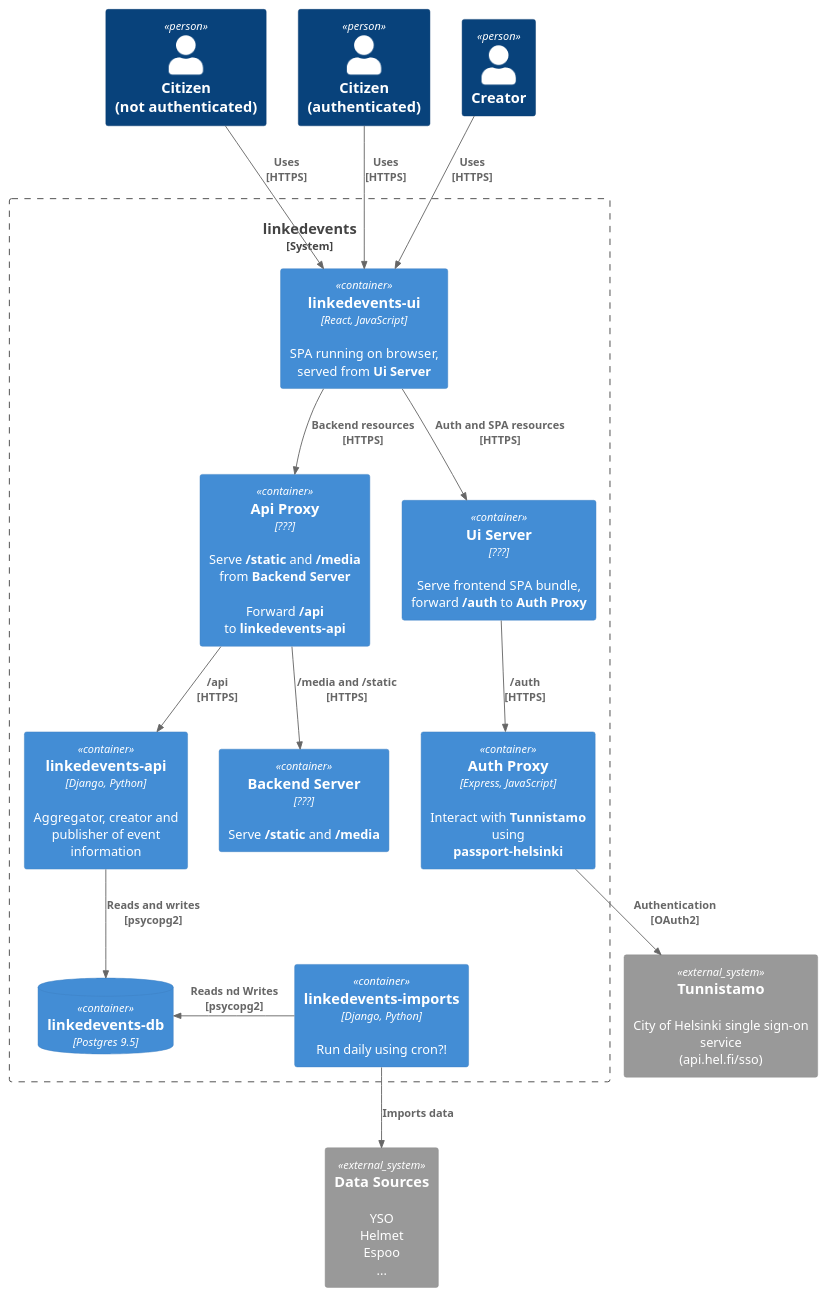
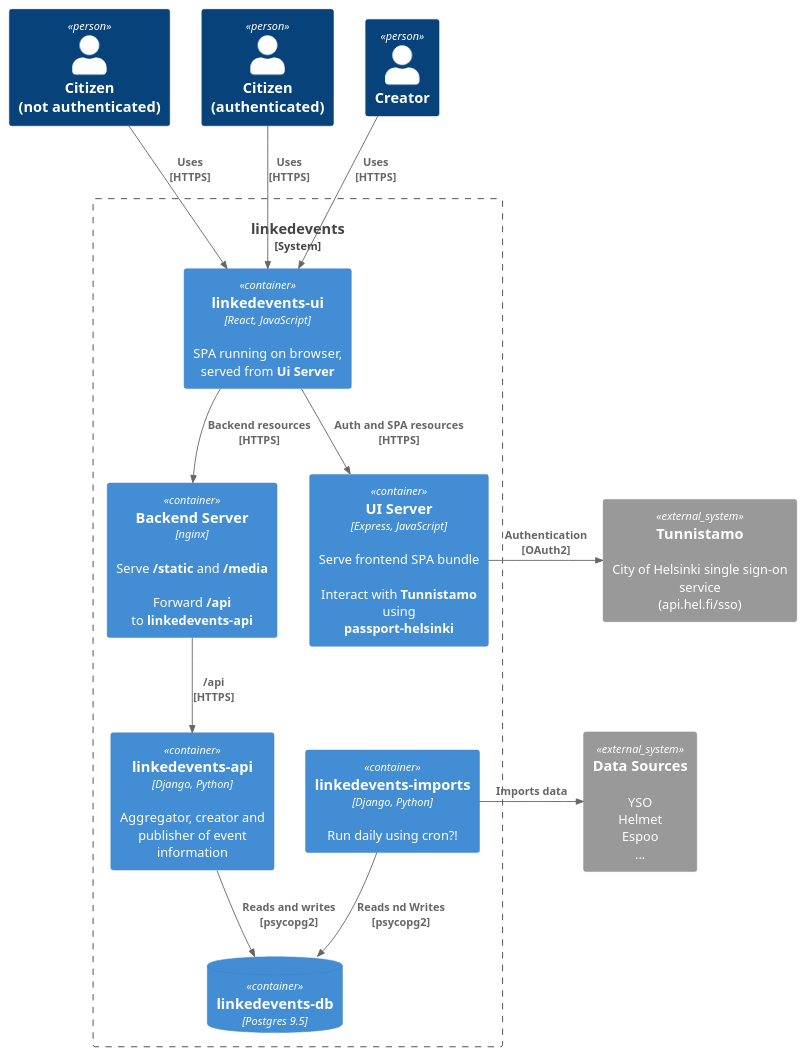
The diagram in assets/puml/linkedevents-container.puml (istonikula/linkedevents), drawn with PlantUML before and after one commit. The commit also changed 2 other files, not shown here.

Commit message:
docs(c4): le container v3 is the most correct one

```diff
--- a/assets/puml/linkedevents-container.puml
+++ b/assets/puml/linkedevents-container.puml
@@ -1,42 +1,40 @@
 @startuml linkedevents-container
 !includeurl https://raw.githubusercontent.com/RicardoNiepel/C4-PlantUML/master/C4_Container.puml
 
 Person(citizen, "Citizen\n(not authenticated)")
 Person(citizen_auth, "Citizen\n(authenticated)")
 Person(admin, "Creator")
 
 System_Boundary(linkedevents, "linkedevents") {
   Container(linkedevents_ui, "linkedevents-ui", "React, JavaScript", "SPA running on browser, served from <b>Ui Server</b>")
 
-  Container(ui_server, "Ui Server", "???", "Serve frontend SPA bundle, forward <b>/auth</b> to <b>Auth Proxy</b>")
-  Container(auth_proxy, "Auth Proxy", "Express, JavaScript", "Interact with <b>Tunnistamo</b> using\n<b>passport-helsinki</b>")
+  Container(ui_server, "UI Server", "Express, JavaScript", "Serve frontend SPA bundle\n\nInteract with <b>Tunnistamo</b> using\n<b>passport-helsinki</b>")
 
-  Container(api_proxy, "Api Proxy", "???", "Serve <b>/static</b> and <b>/media</b> from <b>Backend Server</b>\n\nForward <b>/api</b>\nto <b>linkedevents-api</b>")
-  Container(backend_server, "Backend Server", "???", "Serve <b>/static</b> and <b>/media</b>")
+  Container(backend_server, "Backend Server", "nginx", "Serve <b>/static</b> and <b>/media</b>\n\nForward <b>/api</b>\nto <b>linkedevents-api</b>")
 
   Container(linkedevents_api, "linkedevents-api", "Django, Python", "Aggregator, creator and publisher of event information")
   ContainerDb(linkedevents_db, "linkedevents-db", "Postgres 9.5")
   Container(linkedevents_imports, "linkedevents-imports", "Django, Python", "Run daily using cron?!")
 }
 
 System_Ext(data_sources, "Data Sources", "YSO\nHelmet\nEspoo\n...")
 System_Ext(tunnistamo, "Tunnistamo", "City of Helsinki single sign-on service\n(api.hel.fi/sso)")
 
 Rel(citizen, linkedevents_ui, "Uses\n[HTTPS]")
 Rel(citizen_auth, linkedevents_ui, "Uses\n[HTTPS]")
 
 Rel(admin, linkedevents_ui, "Uses\n[HTTPS]")
 
 Rel(linkedevents_ui, ui_server, "Auth and SPA resources\n[HTTPS]")
-Rel(ui_server, auth_proxy, "/auth\n[HTTPS]")
-Rel(auth_proxy, tunnistamo, "Authentication\n[OAuth2]")
+Rel_R(ui_server, tunnistamo, "Authentication\n[OAuth2]")
 
-Rel(linkedevents_ui, api_proxy, "Backend resources\n[HTTPS]")
-Rel(api_proxy, linkedevents_api, "/api\n[HTTPS]")
-Rel(api_proxy, backend_server, "/media and /static\n[HTTPS]")
+Rel(linkedevents_ui, backend_server, "Backend resources\n[HTTPS]")
+Rel(backend_server, linkedevents_api, "/api\n[HTTPS]")
 
 Rel(linkedevents_api, linkedevents_db, "Reads and writes\n[psycopg2]")
-Rel_L(linkedevents_imports, linkedevents_db, "Reads nd Writes\n[psycopg2]")
-Rel(linkedevents_imports, data_sources, "Imports data")
+Rel(linkedevents_imports, linkedevents_db, "Reads nd Writes\n[psycopg2]")
+Rel_R(linkedevents_imports, data_sources, "Imports data")
+
+Lay_R(backend_server, ui_server)
 
 @enduml
```
